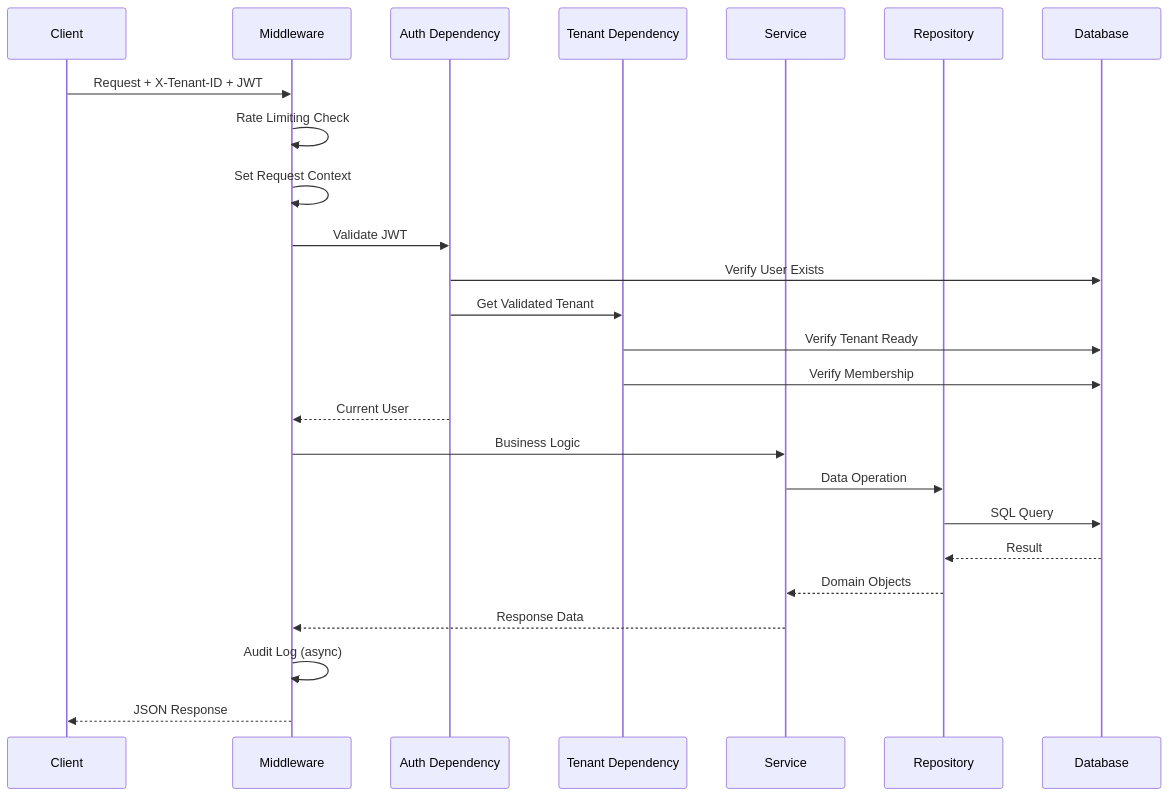
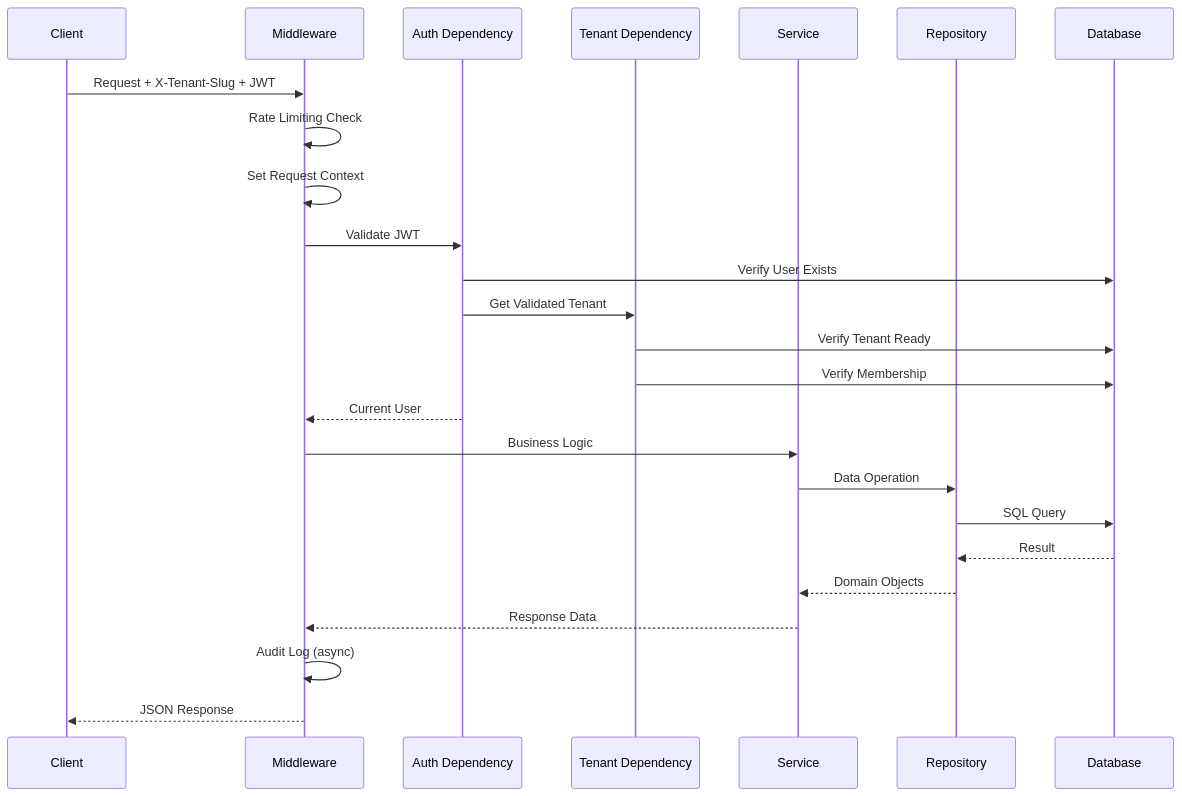
Before and after one commit to axergy/fastapi-starter: the second of 2 diagrams in docs/architecture/overview.md, drawn with Mermaid. The commit also changed 51 other files, not shown here.

````diff
--- a/docs/architecture/overview.md
+++ b/docs/architecture/overview.md
@@ -117,28 +117,28 @@
 ```mermaid
 sequenceDiagram
     participant C as Client
     participant M as Middleware
     participant A as Auth Dependency
     participant T as Tenant Dependency
     participant S as Service
     participant R as Repository
     participant DB as Database
 
-    C->>M: Request + X-Tenant-ID + JWT
+    C->>M: Request + X-Tenant-Slug + JWT
     M->>M: Rate Limiting Check
     M->>M: Set Request Context
     M->>A: Validate JWT
     A->>DB: Verify User Exists
     A->>T: Get Validated Tenant
     T->>DB: Verify Tenant Ready
     T->>DB: Verify Membership
     A-->>M: Current User
     M->>S: Business Logic
     S->>R: Data Operation
     R->>DB: SQL Query
     DB-->>R: Result
     R-->>S: Domain Objects
     S-->>M: Response Data
     M->>M: Audit Log (async)
     M-->>C: JSON Response
 ```
````
